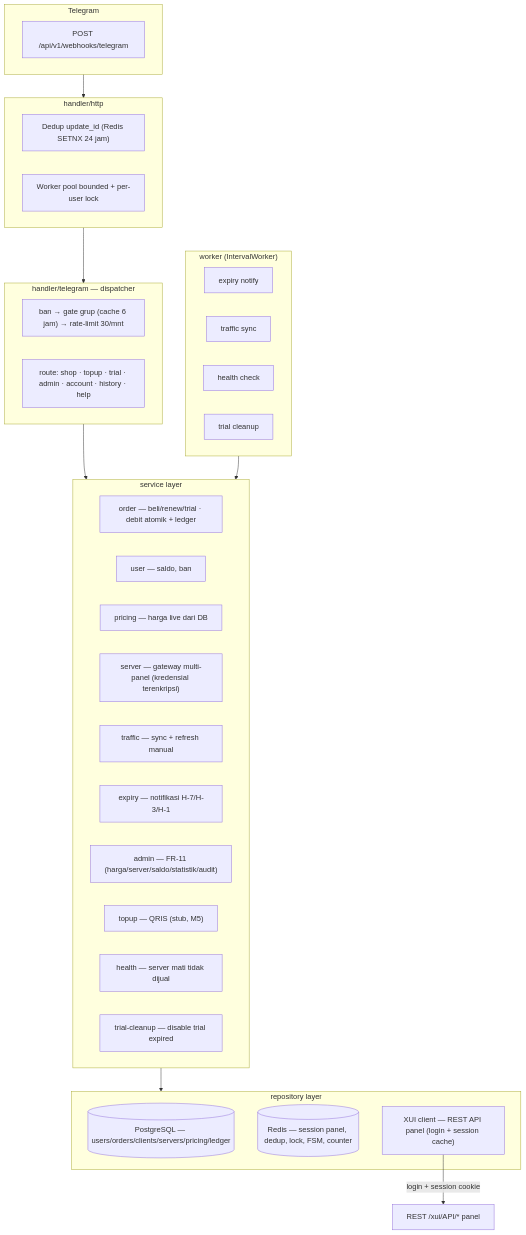
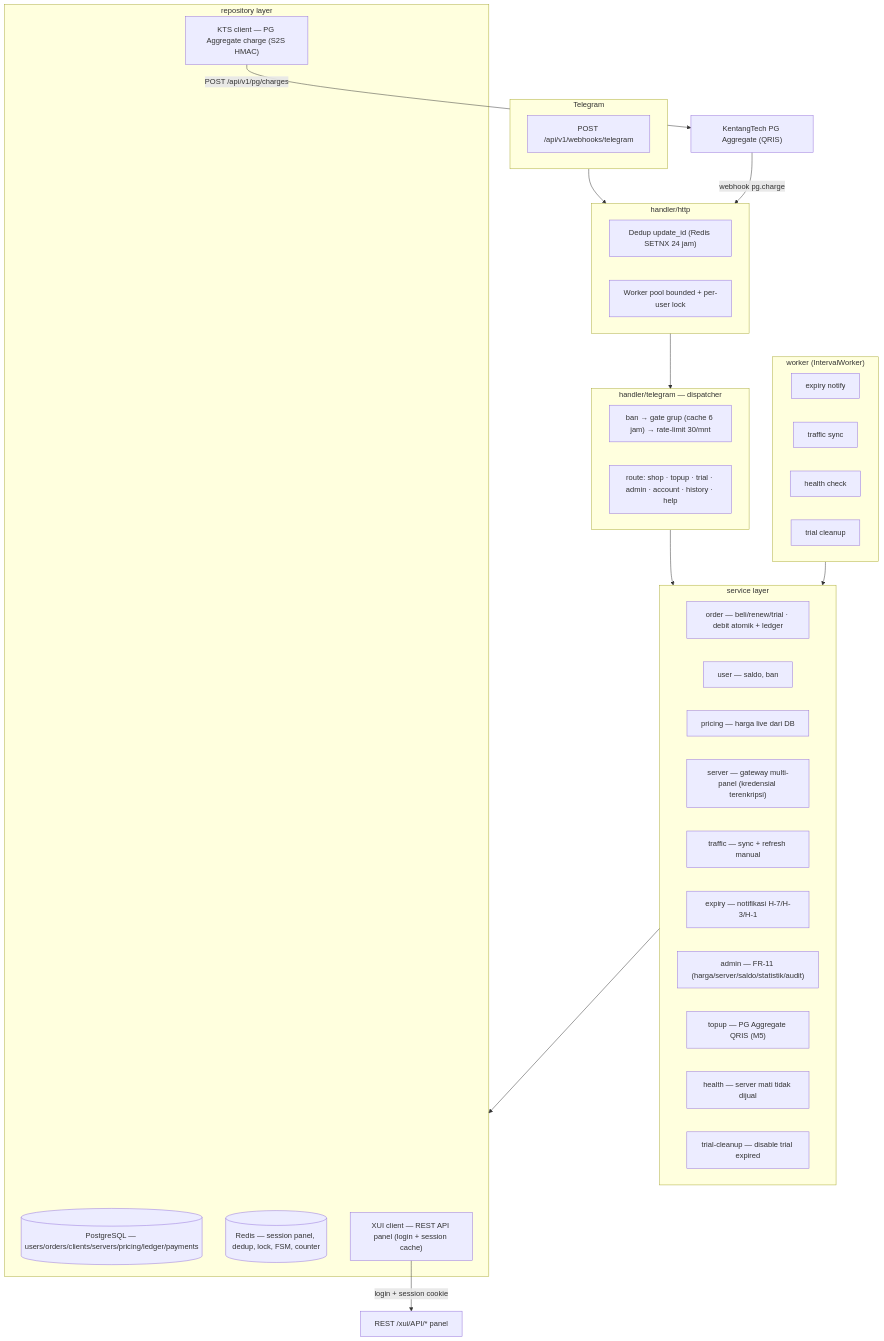
The fourth of 4 diagrams in README.md (rusmanadodi2598/pannel-xui), drawn with Mermaid before and after one commit. The commit also changed other lines of this file and 5 other files, not shown here.

````diff
--- a/README.md
+++ b/README.md
@@ -116,47 +116,50 @@
 ```mermaid
 flowchart TB
     subgraph TELE["Telegram"]
         WH["POST /api/v1/webhooks/telegram"]
     end
 
     subgraph HTTP["handler/http"]
         DEDUP["Dedup update_id (Redis SETNX 24 jam)"]
         POOL["Worker pool bounded + per-user lock"]
     end
 
     subgraph DISP["handler/telegram — dispatcher"]
         CHAIN["ban → gate grup (cache 6 jam) → rate-limit 30/mnt"]
         ROUTE["route: shop · topup · trial · admin · account · history · help"]
     end
 
     subgraph SVC["service layer"]
         ORD["order — beli/renew/trial · debit atomik + ledger"]
         USR["user — saldo, ban"]
         PRC["pricing — harga live dari DB"]
         SRV["server — gateway multi-panel (kredensial terenkripsi)"]
         TRF["traffic — sync + refresh manual"]
         EXP["expiry — notifikasi H-7/H-3/H-1"]
         ADM["admin — FR-11 (harga/server/saldo/statistik/audit)"]
-        TOP["topup — QRIS (stub, M5)"]
+        TOP["topup — PG Aggregate QRIS (M5)"]
         HLTH["health — server mati tidak dijual"]
         TCL["trial-cleanup — disable trial expired"]
     end
 
     subgraph REPO["repository layer"]
-        PG[("PostgreSQL — users/orders/clients/servers/pricing/ledger")]
+        PG[("PostgreSQL — users/orders/clients/servers/pricing/ledger/payments")]
         RD[("Redis — session panel, dedup, lock, FSM, counter")]
         XUI["XUI client — REST API panel (login + session cache)"]
+        KTS["KTS client — PG Aggregate charge (S2S HMAC)"]
     end
 
     subgraph WRK["worker (IntervalWorker)"]
         W1["expiry notify"]
         W2["traffic sync"]
         W3["health check"]
         W4["trial cleanup"]
     end
 
     TELE --> HTTP --> DISP --> SVC
     SVC --> REPO
     WRK --> SVC
     XUI -->|login + session cookie| API["REST /xui/API/* panel"]
+    KTS -->|POST /api/v1/pg/charges| GATEWAY["KentangTech PG Aggregate (QRIS)"]
+    GATEWAY -->|webhook pg.charge| HTTP
 ```
````
